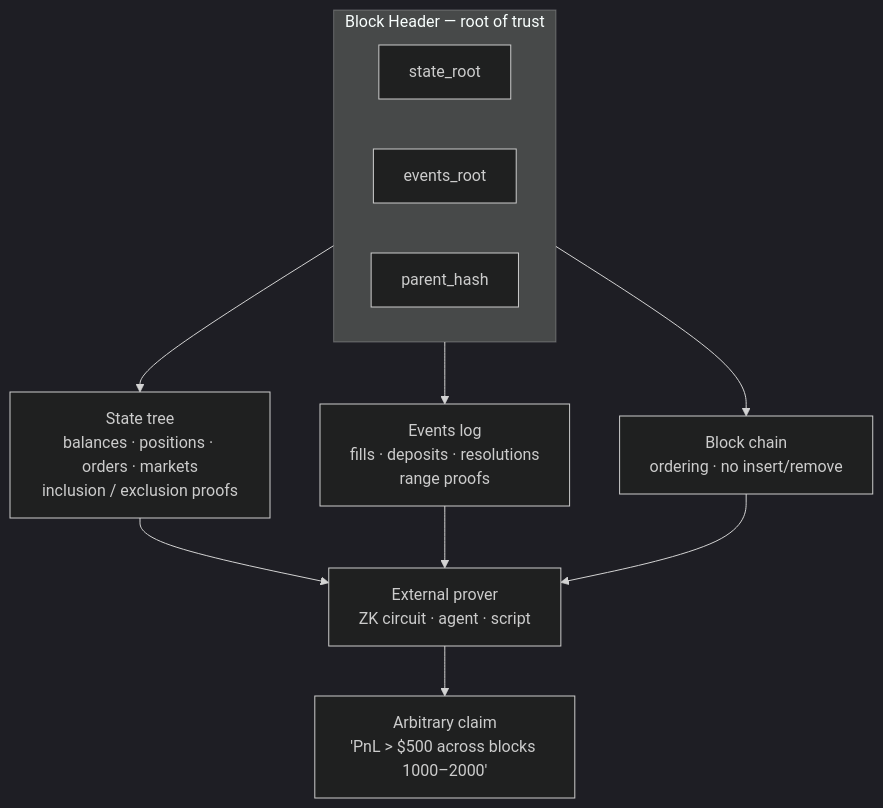
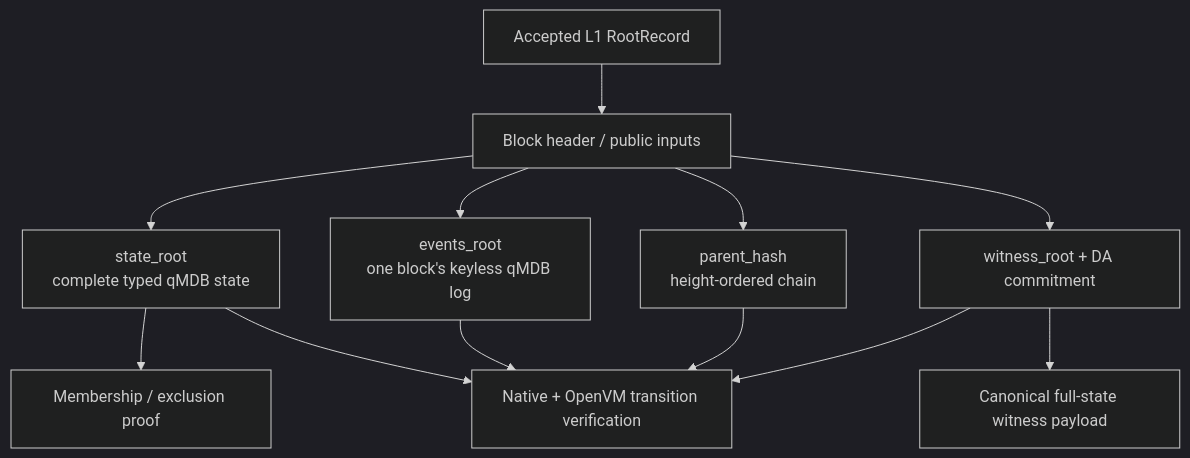
Before and after one commit to MetaB0y/sybil: the diagram in docs/architecture/04-verification/Proof Architecture.md, drawn with Mermaid (dark theme). The commit also changed other lines of this file and 30 other files, not shown here.

Commit message:
docs: streamline architecture and automate drift checks

````diff
--- a/docs/architecture/04-verification/Proof Architecture.md
+++ b/docs/architecture/04-verification/Proof Architecture.md
@@ -20,14 +20,11 @@
 ```mermaid
 flowchart TB
-    subgraph header["Block Header — root of trust"]
-        direction LR
-        SR["state_root"]
-        ER["events_root"]
-        PH["parent_hash"]
-    end
-    SR --> ST["State tree<br/>balances · positions · orders · markets<br/>inclusion / exclusion proofs"]
-    ER --> EV["Events log<br/>fills · deposits · resolutions<br/>range proofs"]
-    PH --> CH["Block chain<br/>ordering · no insert/remove"]
-    ST & EV & CH --> PROVER["External prover<br/>ZK circuit · agent · script"]
-    PROVER --> CLAIM["Arbitrary claim<br/>'PnL &gt; $500 across blocks 1000–2000'"]
+    L1["Accepted L1 RootRecord"] --> HEADER["Block header / public inputs"]
+    HEADER --> STATE["state_root<br/>complete typed qMDB state"]
+    HEADER --> EVENTS["events_root<br/>one block's keyless qMDB log"]
+    HEADER --> PARENT["parent_hash<br/>height-ordered chain"]
+    HEADER --> WITNESS["witness_root + DA commitment"]
+    WITNESS --> PAYLOAD["Canonical full-state witness payload"]
+    STATE --> OPEN["Membership / exclusion proof"]
+    STATE & EVENTS & PARENT & WITNESS --> GUEST["Native + OpenVM transition verification"]
 ```
````
